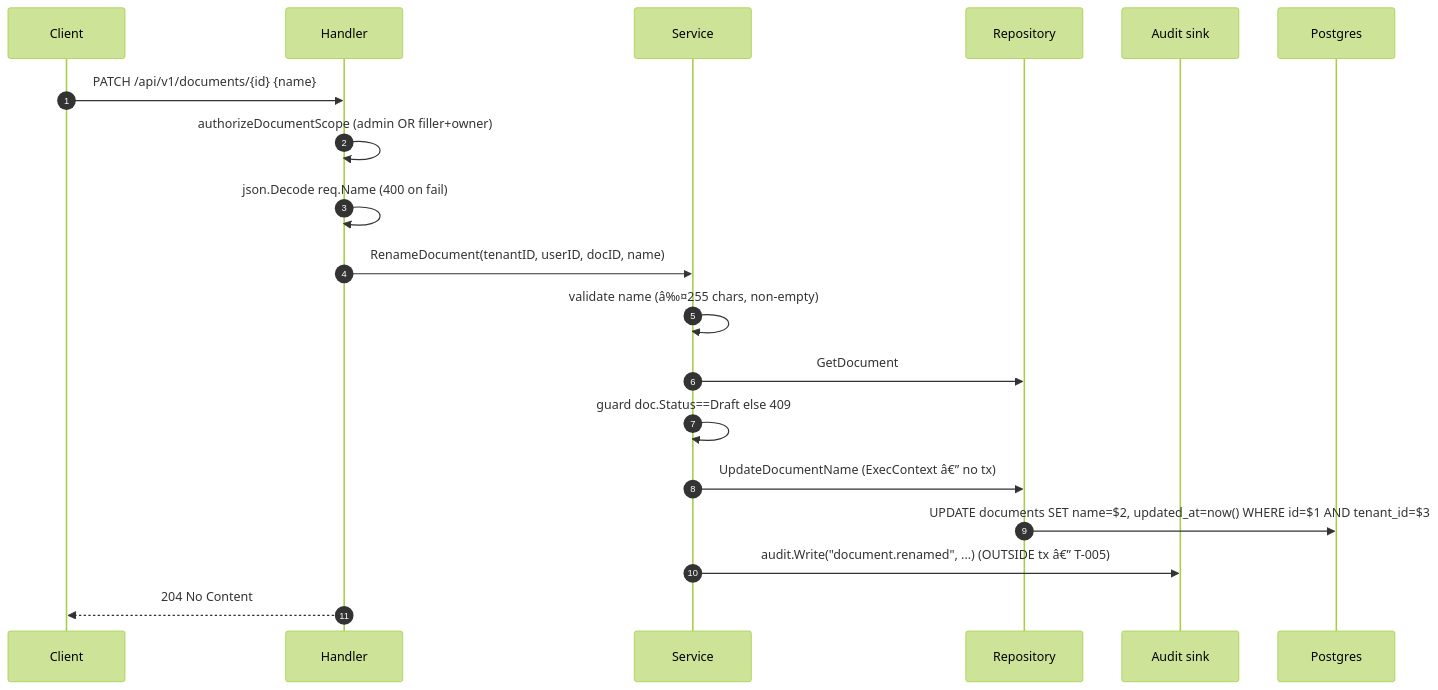
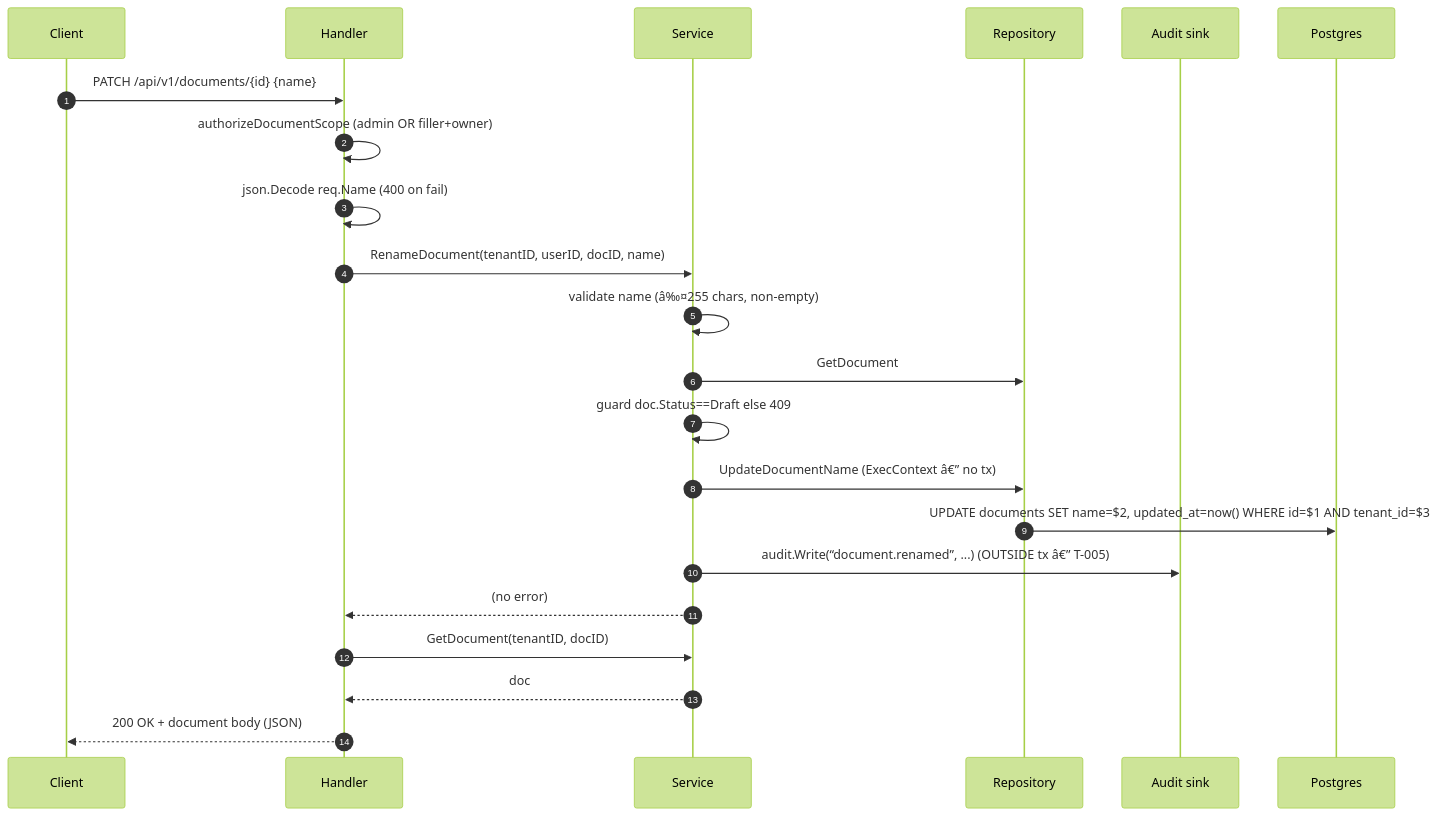
One commit to developmentconexus-ops/MetalDocs changed the fourth of 5 diagrams in wiki/modules/documents.md. Above: the diagram before and after it, drawn with Mermaid (forest theme). The commit also changed other lines of this file and 79 other files, not shown here.

````diff
--- a/wiki/modules/documents.md
+++ b/wiki/modules/documents.md
@@ -304,21 +307,24 @@
 ```mermaid
 sequenceDiagram
     autonumber
     participant C as Client
     participant H as Handler
     participant S as Service
     participant R as Repository
     participant A as Audit sink
     participant DB as Postgres
     C->>H: PATCH /api/v1/documents/{id} {name}
     H->>H: authorizeDocumentScope (admin OR filler+owner)
     H->>H: json.Decode req.Name (400 on fail)
     H->>S: RenameDocument(tenantID, userID, docID, name)
     S->>S: validate name (â‰¤255 chars, non-empty)
     S->>R: GetDocument
     S->>S: guard doc.Status==Draft else 409
     S->>R: UpdateDocumentName  (ExecContext â€” no tx)
     R->>DB: UPDATE documents SET name=$2, updated_at=now() WHERE id=$1 AND tenant_id=$3
-    S->>A: audit.Write("document.renamed", ...)  (OUTSIDE tx â€” T-005)
-    H-->>C: 204 No Content
+    S->>A: audit.Write(“document.renamed”, ...)  (OUTSIDE tx â€” T-005)
+    S-->>H: (no error)
+    H->>S: GetDocument(tenantID, docID)
+    S-->>H: doc
+    H-->>C: 200 OK + document body (JSON)
 ```
````
